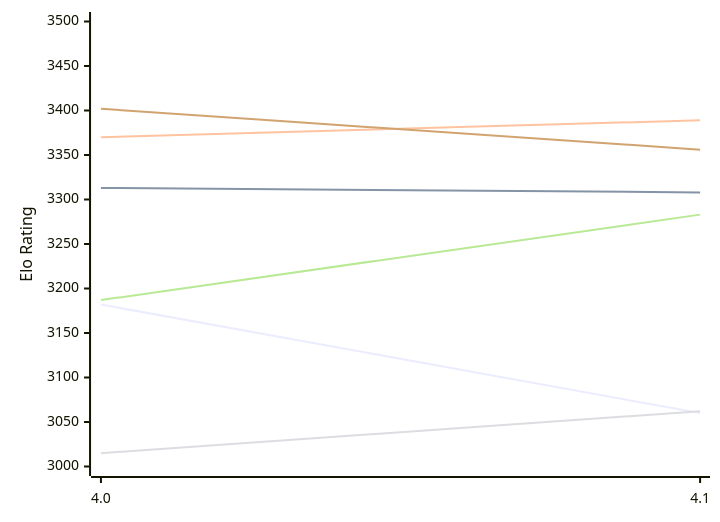
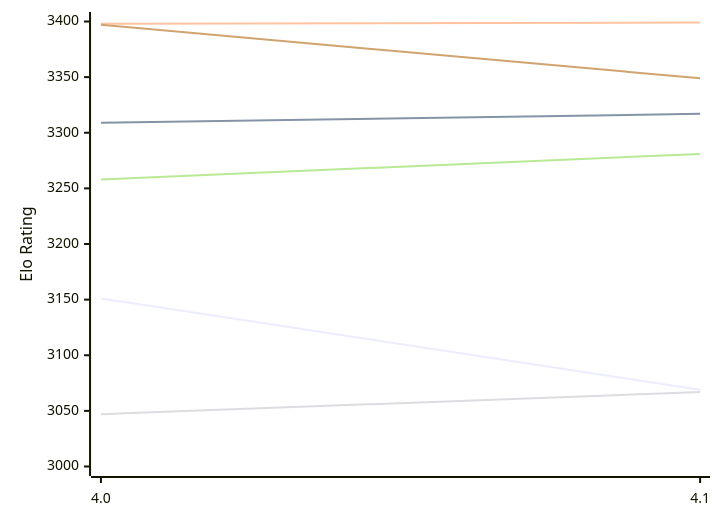
The first of 2 diagrams in engines/Petrel.md (computer-chess-index/cci), drawn with Mermaid before and after one commit. The commit also changed other lines of this file, not shown here.

Commit message:
Update CCI Ratings (ELO VLTC) - 2026-11-16

````diff
--- a/engines/Petrel.md
+++ b/engines/Petrel.md
@@ -57,12 +57,12 @@
 ```mermaid
 %%{init: {"theme":"base","themeVariables":{"seriesColors:['#a3a3a3','#222221','#faa371']}}}%%
 xychart-beta
   x-axis ["4.0", "4.1"]
-  y-axis "Elo Rating" 3000 --> 3500
-  line "E1: STC (8.0+0.08s)" [3182, 3060]
-  line "E1: LTC (60.0+0.60s)" [3313, 3308]
-  line "E1: VLTC (2m24s+1.12s)" [3370, 3389]
-  line "P1: STC (8.0+0.08s)" [3015, 3062]
-  line "P1: LTC (60.0+0.60s)" [3187, 3283]
-  line "P1: VLTC (2m24s+1.12s)" [3402, 3356]
+  y-axis "Elo Rating" 3000 --> 3400
+  line "E1: STC (8.0+0.08s)" [3151, 3069]
+  line "E1: LTC (60.0+0.60s)" [3309, 3317]
+  line "E1: VLTC (2m24s+1.12s)" [3398, 3399]
+  line "P1: STC (8.0+0.08s)" [3047, 3067]
+  line "P1: LTC (60.0+0.60s)" [3258, 3281]
+  line "P1: VLTC (2m24s+1.12s)" [3397, 3349]
 ```
````
